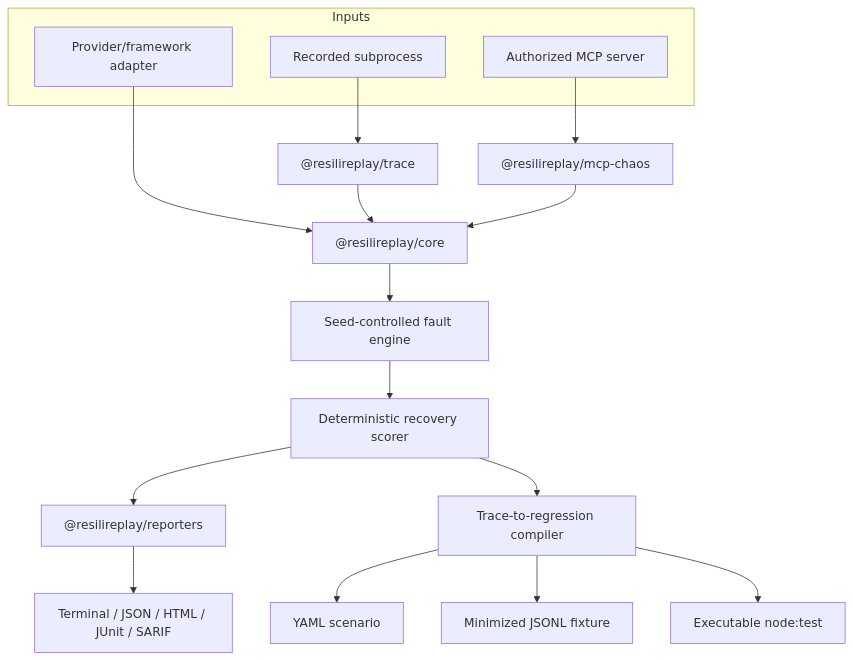
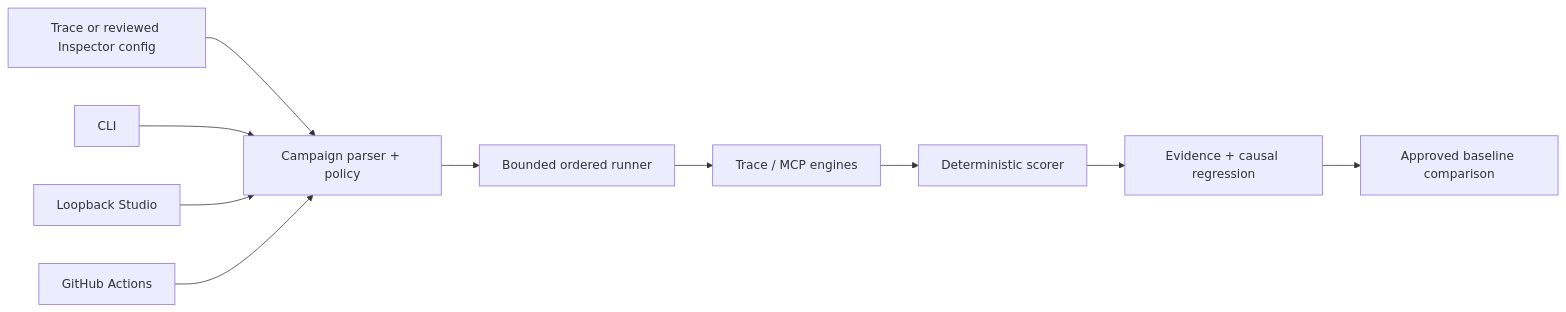
Before and after one commit to aliengineering-byte/resilireplay: the diagram in docs/ARCHITECTURE.md, drawn with Mermaid. The commit also changed other lines of this file and 88 other files, not shown here.

````diff
--- a/docs/ARCHITECTURE.md
+++ b/docs/ARCHITECTURE.md
@@ -5,21 +7,12 @@
 ```mermaid
-flowchart TB
-    subgraph Inputs
-        P["Recorded subprocess"]
-        A["Provider/framework adapter"]
-        M["Authorized MCP server"]
-    end
-    P --> T["@resilireplay/trace"]
-    A --> C["@resilireplay/core"]
-    M --> MC["@resilireplay/mcp-chaos"]
-    T --> C
-    MC --> C
-    C --> F["Seed-controlled fault engine"]
-    F --> S["Deterministic recovery scorer"]
-    S --> R["@resilireplay/reporters"]
-    S --> G["Trace-to-regression compiler"]
-    G --> Y["YAML scenario"]
-    G --> X["Minimized JSONL fixture"]
-    G --> N["Executable node:test"]
-    R --> O["Terminal / JSON / HTML / JUnit / SARIF"]
+flowchart LR
+    I["Trace or reviewed Inspector config"] --> C["Campaign parser + policy"]
+    C --> R["Bounded ordered runner"]
+    R --> T["Trace / MCP engines"]
+    T --> S["Deterministic scorer"]
+    S --> E["Evidence + causal regression"]
+    E --> B["Approved baseline comparison"]
+    CLI["CLI"] --> C
+    UI["Loopback Studio"] --> C
+    CI["GitHub Actions"] --> C
 ```
````
